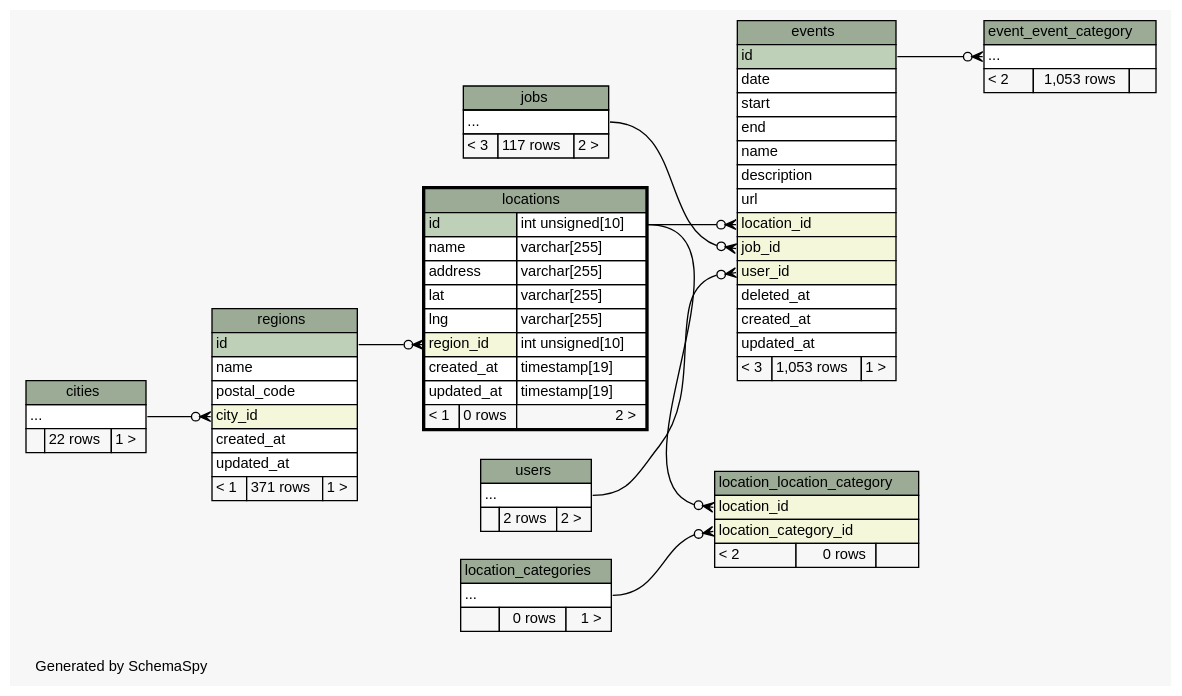
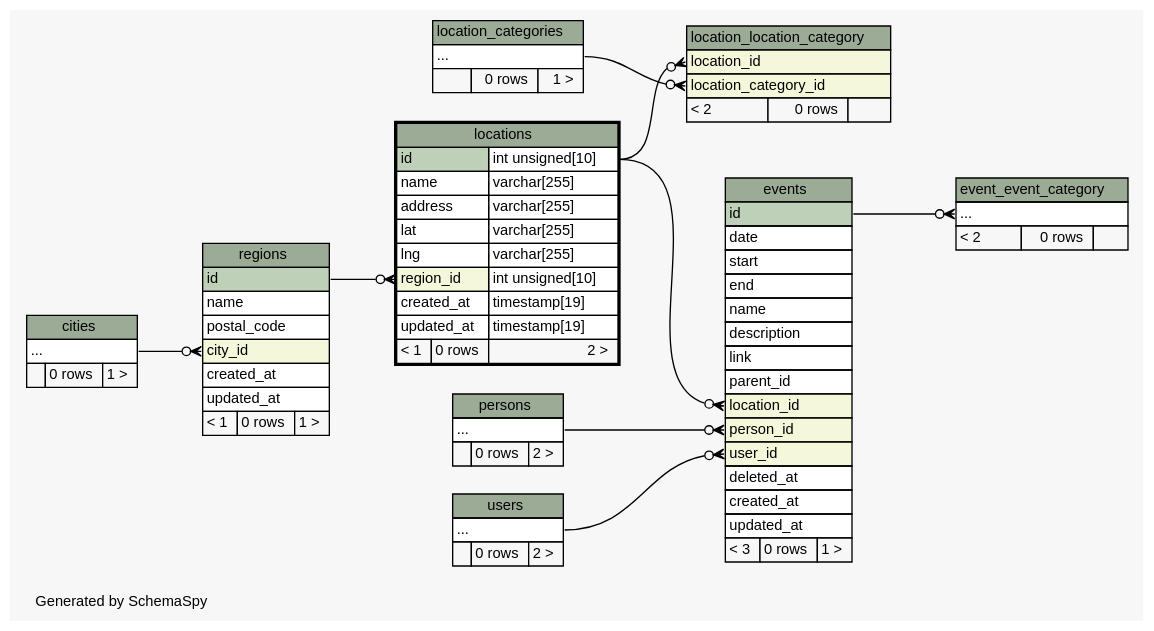
Before and after one commit to g0v/poli-radar-api: the diagram in docs/diagrams/locations.2degrees.dot, drawn with Graphviz. The commit also changed 140 other files, not shown here.

```diff
--- a/docs/diagrams/locations.2degrees.dot
+++ b/docs/diagrams/locations.2degrees.dot
@@ -1,145 +1,146 @@
 // dot 2.28.0 on Windows 10 10.0
 // SchemaSpy rev 590
 digraph "twoDegreesRelationshipsDiagram" {
   graph [
     rankdir="RL"
     bgcolor="#f7f7f7"
     label="\nGenerated by SchemaSpy"
     labeljust="l"
     nodesep="0.18"
     ranksep="0.46"
     fontname="Helvetica"
     fontsize="11"
   ];
   node [
     fontname="Helvetica"
     fontsize="11"
     shape="plaintext"
   ];
   edge [
     arrowsize="0.8"
   ];
   "event_event_category":"elipses":w -> "events":"id":e [arrowhead=none dir=back arrowtail=crowodot];
-  "events":"job_id":w -> "jobs":"elipses":e [arrowhead=none dir=back arrowtail=crowodot];
   "events":"location_id":w -> "locations":"id.type":e [arrowhead=none dir=back arrowtail=crowodot];
+  "events":"person_id":w -> "persons":"elipses":e [arrowhead=none dir=back arrowtail=crowodot];
   "events":"user_id":w -> "users":"elipses":e [arrowhead=none dir=back arrowtail=crowodot];
   "location_location_category":"location_category_id":w -> "location_categories":"elipses":e [arrowhead=none dir=back arrowtail=crowodot];
   "location_location_category":"location_id":w -> "locations":"id.type":e [arrowhead=none dir=back arrowtail=crowodot];
   "locations":"region_id":w -> "regions":"id":e [arrowhead=none dir=back arrowtail=crowodot];
   "regions":"city_id":w -> "cities":"elipses":e [arrowhead=none dir=back arrowtail=crowodot];
   "cities" [
     label=<
     <TABLE BORDER="0" CELLBORDER="1" CELLSPACING="0" BGCOLOR="#ffffff">
       <TR><TD COLSPAN="3" BGCOLOR="#9bab96" ALIGN="CENTER">cities</TD></TR>
       <TR><TD PORT="elipses" COLSPAN="3" ALIGN="LEFT">...</TD></TR>
-      <TR><TD ALIGN="LEFT" BGCOLOR="#f7f7f7">  </TD><TD ALIGN="RIGHT" BGCOLOR="#f7f7f7">22 rows</TD><TD ALIGN="RIGHT" BGCOLOR="#f7f7f7">1 &gt;</TD></TR>
+      <TR><TD ALIGN="LEFT" BGCOLOR="#f7f7f7">  </TD><TD ALIGN="RIGHT" BGCOLOR="#f7f7f7">0 rows</TD><TD ALIGN="RIGHT" BGCOLOR="#f7f7f7">1 &gt;</TD></TR>
     </TABLE>>
     URL="cities.html"
     tooltip="cities"
   ];
   "event_event_category" [
     label=<
     <TABLE BORDER="0" CELLBORDER="1" CELLSPACING="0" BGCOLOR="#ffffff">
       <TR><TD COLSPAN="3" BGCOLOR="#9bab96" ALIGN="CENTER">event_event_category</TD></TR>
       <TR><TD PORT="elipses" COLSPAN="3" ALIGN="LEFT">...</TD></TR>
-      <TR><TD ALIGN="LEFT" BGCOLOR="#f7f7f7">&lt; 2</TD><TD ALIGN="RIGHT" BGCOLOR="#f7f7f7">1,053 rows</TD><TD ALIGN="RIGHT" BGCOLOR="#f7f7f7">  </TD></TR>
+      <TR><TD ALIGN="LEFT" BGCOLOR="#f7f7f7">&lt; 2</TD><TD ALIGN="RIGHT" BGCOLOR="#f7f7f7">0 rows</TD><TD ALIGN="RIGHT" BGCOLOR="#f7f7f7">  </TD></TR>
     </TABLE>>
     URL="event_event_category.html"
     tooltip="event_event_category"
   ];
   "events" [
     label=<
     <TABLE BORDER="0" CELLBORDER="1" CELLSPACING="0" BGCOLOR="#ffffff">
       <TR><TD COLSPAN="3" BGCOLOR="#9bab96" ALIGN="CENTER">events</TD></TR>
       <TR><TD PORT="id" COLSPAN="3" BGCOLOR="#bed1b8" ALIGN="LEFT">id</TD></TR>
       <TR><TD PORT="date" COLSPAN="3" ALIGN="LEFT">date</TD></TR>
       <TR><TD PORT="start" COLSPAN="3" ALIGN="LEFT">start</TD></TR>
       <TR><TD PORT="end" COLSPAN="3" ALIGN="LEFT">end</TD></TR>
       <TR><TD PORT="name" COLSPAN="3" ALIGN="LEFT">name</TD></TR>
       <TR><TD PORT="description" COLSPAN="3" ALIGN="LEFT">description</TD></TR>
-      <TR><TD PORT="url" COLSPAN="3" ALIGN="LEFT">url</TD></TR>
+      <TR><TD PORT="link" COLSPAN="3" ALIGN="LEFT">link</TD></TR>
+      <TR><TD PORT="parent_id" COLSPAN="3" ALIGN="LEFT">parent_id</TD></TR>
       <TR><TD PORT="location_id" COLSPAN="3" BGCOLOR="#f4f7da" ALIGN="LEFT">location_id</TD></TR>
-      <TR><TD PORT="job_id" COLSPAN="3" BGCOLOR="#f4f7da" ALIGN="LEFT">job_id</TD></TR>
+      <TR><TD PORT="person_id" COLSPAN="3" BGCOLOR="#f4f7da" ALIGN="LEFT">person_id</TD></TR>
       <TR><TD PORT="user_id" COLSPAN="3" BGCOLOR="#f4f7da" ALIGN="LEFT">user_id</TD></TR>
       <TR><TD PORT="deleted_at" COLSPAN="3" ALIGN="LEFT">deleted_at</TD></TR>
       <TR><TD PORT="created_at" COLSPAN="3" ALIGN="LEFT">created_at</TD></TR>
       <TR><TD PORT="updated_at" COLSPAN="3" ALIGN="LEFT">updated_at</TD></TR>
-      <TR><TD ALIGN="LEFT" BGCOLOR="#f7f7f7">&lt; 3</TD><TD ALIGN="RIGHT" BGCOLOR="#f7f7f7">1,053 rows</TD><TD ALIGN="RIGHT" BGCOLOR="#f7f7f7">1 &gt;</TD></TR>
+      <TR><TD ALIGN="LEFT" BGCOLOR="#f7f7f7">&lt; 3</TD><TD ALIGN="RIGHT" BGCOLOR="#f7f7f7">0 rows</TD><TD ALIGN="RIGHT" BGCOLOR="#f7f7f7">1 &gt;</TD></TR>
     </TABLE>>
     URL="events.html"
     tooltip="events"
-  ];
-  "jobs" [
-    label=<
-    <TABLE BORDER="0" CELLBORDER="1" CELLSPACING="0" BGCOLOR="#ffffff">
-      <TR><TD COLSPAN="3" BGCOLOR="#9bab96" ALIGN="CENTER">jobs</TD></TR>
-      <TR><TD PORT="elipses" COLSPAN="3" ALIGN="LEFT">...</TD></TR>
-      <TR><TD ALIGN="LEFT" BGCOLOR="#f7f7f7">&lt; 3</TD><TD ALIGN="RIGHT" BGCOLOR="#f7f7f7">117 rows</TD><TD ALIGN="RIGHT" BGCOLOR="#f7f7f7">2 &gt;</TD></TR>
-    </TABLE>>
-    URL="jobs.html"
-    tooltip="jobs"
   ];
   "location_categories" [
     label=<
     <TABLE BORDER="0" CELLBORDER="1" CELLSPACING="0" BGCOLOR="#ffffff">
       <TR><TD COLSPAN="3" BGCOLOR="#9bab96" ALIGN="CENTER">location_categories</TD></TR>
       <TR><TD PORT="elipses" COLSPAN="3" ALIGN="LEFT">...</TD></TR>
       <TR><TD ALIGN="LEFT" BGCOLOR="#f7f7f7">  </TD><TD ALIGN="RIGHT" BGCOLOR="#f7f7f7">0 rows</TD><TD ALIGN="RIGHT" BGCOLOR="#f7f7f7">1 &gt;</TD></TR>
     </TABLE>>
     URL="location_categories.html"
     tooltip="location_categories"
   ];
   "location_location_category" [
     label=<
     <TABLE BORDER="0" CELLBORDER="1" CELLSPACING="0" BGCOLOR="#ffffff">
       <TR><TD COLSPAN="3" BGCOLOR="#9bab96" ALIGN="CENTER">location_location_category</TD></TR>
       <TR><TD PORT="location_id" COLSPAN="3" BGCOLOR="#f4f7da" ALIGN="LEFT">location_id</TD></TR>
       <TR><TD PORT="location_category_id" COLSPAN="3" BGCOLOR="#f4f7da" ALIGN="LEFT">location_category_id</TD></TR>
       <TR><TD ALIGN="LEFT" BGCOLOR="#f7f7f7">&lt; 2</TD><TD ALIGN="RIGHT" BGCOLOR="#f7f7f7">0 rows</TD><TD ALIGN="RIGHT" BGCOLOR="#f7f7f7">  </TD></TR>
     </TABLE>>
     URL="location_location_category.html"
     tooltip="location_location_category"
   ];
   "locations" [
     label=<
     <TABLE BORDER="2" CELLBORDER="1" CELLSPACING="0" BGCOLOR="#ffffff">
       <TR><TD COLSPAN="3" BGCOLOR="#9bab96" ALIGN="CENTER">locations</TD></TR>
       <TR><TD PORT="id" COLSPAN="2" BGCOLOR="#bed1b8" ALIGN="LEFT">id</TD><TD PORT="id.type" ALIGN="LEFT">int unsigned[10]</TD></TR>
       <TR><TD PORT="name" COLSPAN="2" ALIGN="LEFT">name</TD><TD PORT="name.type" ALIGN="LEFT">varchar[255]</TD></TR>
       <TR><TD PORT="address" COLSPAN="2" ALIGN="LEFT">address</TD><TD PORT="address.type" ALIGN="LEFT">varchar[255]</TD></TR>
       <TR><TD PORT="lat" COLSPAN="2" ALIGN="LEFT">lat</TD><TD PORT="lat.type" ALIGN="LEFT">varchar[255]</TD></TR>
       <TR><TD PORT="lng" COLSPAN="2" ALIGN="LEFT">lng</TD><TD PORT="lng.type" ALIGN="LEFT">varchar[255]</TD></TR>
       <TR><TD PORT="region_id" COLSPAN="2" BGCOLOR="#f4f7da" ALIGN="LEFT">region_id</TD><TD PORT="region_id.type" ALIGN="LEFT">int unsigned[10]</TD></TR>
       <TR><TD PORT="created_at" COLSPAN="2" ALIGN="LEFT">created_at</TD><TD PORT="created_at.type" ALIGN="LEFT">timestamp[19]</TD></TR>
       <TR><TD PORT="updated_at" COLSPAN="2" ALIGN="LEFT">updated_at</TD><TD PORT="updated_at.type" ALIGN="LEFT">timestamp[19]</TD></TR>
       <TR><TD ALIGN="LEFT" BGCOLOR="#f7f7f7">&lt; 1</TD><TD ALIGN="RIGHT" BGCOLOR="#f7f7f7">0 rows</TD><TD ALIGN="RIGHT" BGCOLOR="#f7f7f7">2 &gt;</TD></TR>
     </TABLE>>
     URL="locations.html"
     tooltip="locations"
   ];
+  "persons" [
+    label=<
+    <TABLE BORDER="0" CELLBORDER="1" CELLSPACING="0" BGCOLOR="#ffffff">
+      <TR><TD COLSPAN="3" BGCOLOR="#9bab96" ALIGN="CENTER">persons</TD></TR>
+      <TR><TD PORT="elipses" COLSPAN="3" ALIGN="LEFT">...</TD></TR>
+      <TR><TD ALIGN="LEFT" BGCOLOR="#f7f7f7">  </TD><TD ALIGN="RIGHT" BGCOLOR="#f7f7f7">0 rows</TD><TD ALIGN="RIGHT" BGCOLOR="#f7f7f7">2 &gt;</TD></TR>
+    </TABLE>>
+    URL="persons.html"
+    tooltip="persons"
+  ];
   "regions" [
     label=<
     <TABLE BORDER="0" CELLBORDER="1" CELLSPACING="0" BGCOLOR="#ffffff">
       <TR><TD COLSPAN="3" BGCOLOR="#9bab96" ALIGN="CENTER">regions</TD></TR>
       <TR><TD PORT="id" COLSPAN="3" BGCOLOR="#bed1b8" ALIGN="LEFT">id</TD></TR>
       <TR><TD PORT="name" COLSPAN="3" ALIGN="LEFT">name</TD></TR>
       <TR><TD PORT="postal_code" COLSPAN="3" ALIGN="LEFT">postal_code</TD></TR>
       <TR><TD PORT="city_id" COLSPAN="3" BGCOLOR="#f4f7da" ALIGN="LEFT">city_id</TD></TR>
       <TR><TD PORT="created_at" COLSPAN="3" ALIGN="LEFT">created_at</TD></TR>
       <TR><TD PORT="updated_at" COLSPAN="3" ALIGN="LEFT">updated_at</TD></TR>
-      <TR><TD ALIGN="LEFT" BGCOLOR="#f7f7f7">&lt; 1</TD><TD ALIGN="RIGHT" BGCOLOR="#f7f7f7">371 rows</TD><TD ALIGN="RIGHT" BGCOLOR="#f7f7f7">1 &gt;</TD></TR>
+      <TR><TD ALIGN="LEFT" BGCOLOR="#f7f7f7">&lt; 1</TD><TD ALIGN="RIGHT" BGCOLOR="#f7f7f7">0 rows</TD><TD ALIGN="RIGHT" BGCOLOR="#f7f7f7">1 &gt;</TD></TR>
     </TABLE>>
     URL="regions.html"
     tooltip="regions"
   ];
   "users" [
     label=<
     <TABLE BORDER="0" CELLBORDER="1" CELLSPACING="0" BGCOLOR="#ffffff">
       <TR><TD COLSPAN="3" BGCOLOR="#9bab96" ALIGN="CENTER">users</TD></TR>
       <TR><TD PORT="elipses" COLSPAN="3" ALIGN="LEFT">...</TD></TR>
-      <TR><TD ALIGN="LEFT" BGCOLOR="#f7f7f7">  </TD><TD ALIGN="RIGHT" BGCOLOR="#f7f7f7">2 rows</TD><TD ALIGN="RIGHT" BGCOLOR="#f7f7f7">2 &gt;</TD></TR>
+      <TR><TD ALIGN="LEFT" BGCOLOR="#f7f7f7">  </TD><TD ALIGN="RIGHT" BGCOLOR="#f7f7f7">0 rows</TD><TD ALIGN="RIGHT" BGCOLOR="#f7f7f7">2 &gt;</TD></TR>
     </TABLE>>
     URL="users.html"
     tooltip="users"
   ];
 }
```
